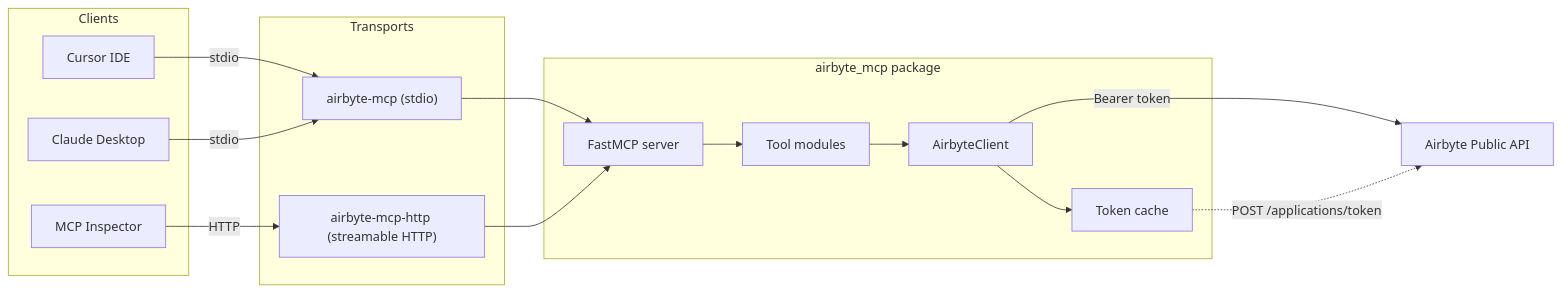
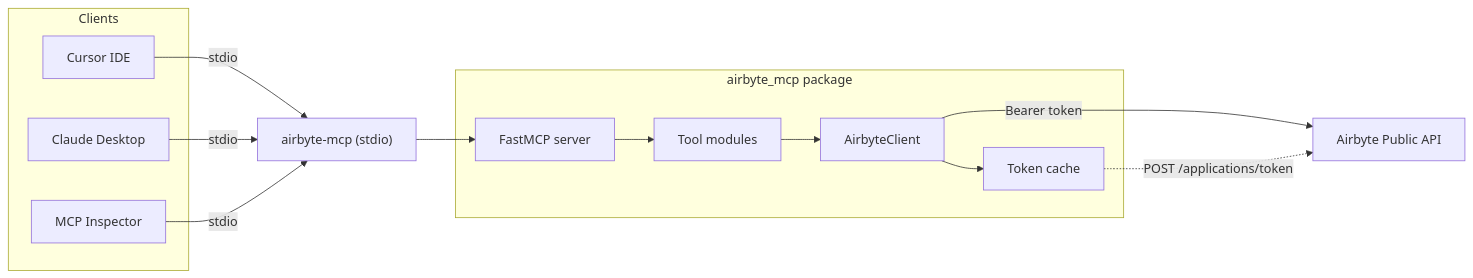
The diagram in docs/architecture.md (trustxai/airbyte-mcp), drawn with Mermaid before and after one commit. The commit also changed other lines of this file and 11 other files, not shown here.

First line of the commit message:
refactor!: drop remote streamable-HTTP transport

````diff
--- a/docs/architecture.md
+++ b/docs/architecture.md
@@ -9,34 +9,30 @@
 ```mermaid
 flowchart LR
     subgraph Clients
         Cursor[Cursor IDE]
         Claude[Claude Desktop]
         Inspector[MCP Inspector]
     end
 
-    subgraph Transports
-        Stdio["airbyte-mcp (stdio)"]
-        Http["airbyte-mcp-http (streamable HTTP)"]
-    end
+    Stdio["airbyte-mcp (stdio)"]
 
     subgraph AirbyteMCP["airbyte_mcp package"]
         FastMCP[FastMCP server]
         Tools[Tool modules]
         Client[AirbyteClient]
         TokenCache[Token cache]
     end
 
     AirbyteAPI[Airbyte Public API]
 
     Cursor -->|stdio| Stdio
     Claude -->|stdio| Stdio
-    Inspector -->|HTTP| Http
+    Inspector -->|stdio| Stdio
 
     Stdio --> FastMCP
-    Http --> FastMCP
     FastMCP --> Tools
     Tools --> Client
     Client --> TokenCache
     Client -->|"Bearer token"| AirbyteAPI
     TokenCache -.->|"POST /applications/token"| AirbyteAPI
 ```
````
